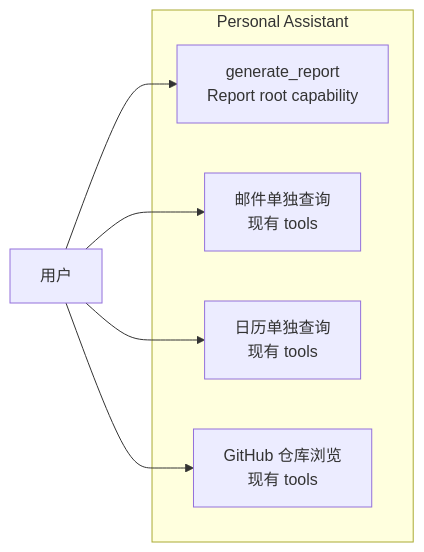
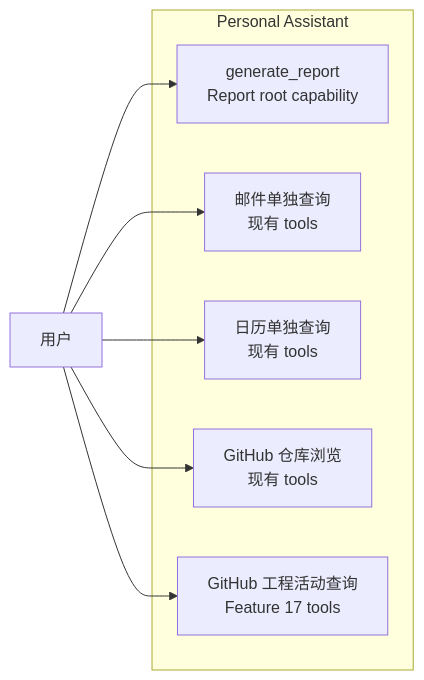
The diagram in personal-assistant-meta/issues/features/backlog/feature-18-report-root-capability/issue.md (T-1009/personal-assistant), drawn with Mermaid before and after one commit. The commit also changed other lines of this file and 3 other files, not shown here.

Commit message:
docs: expose curated GitHub activity tools

````diff
--- a/personal-assistant-meta/issues/features/backlog/feature-18-report-root-capability/issue.md
+++ b/personal-assistant-meta/issues/features/backlog/feature-18-report-root-capability/issue.md
@@ -29,16 +29,18 @@
 ```mermaid
 flowchart LR
     User["用户"]
 
     subgraph Assistant["Personal Assistant"]
         Report["generate_report<br/>Report root capability"]
         EmailQuery["邮件单独查询<br/>现有 tools"]
         CalendarQuery["日历单独查询<br/>现有 tools"]
         GitHubBrowse["GitHub 仓库浏览<br/>现有 tools"]
+        GitHubActivity["GitHub 工程活动查询<br/>Feature 17 tools"]
     end
 
     User --> Report
     User --> EmailQuery
     User --> CalendarQuery
     User --> GitHubBrowse
+    User --> GitHubActivity
 ```
````
